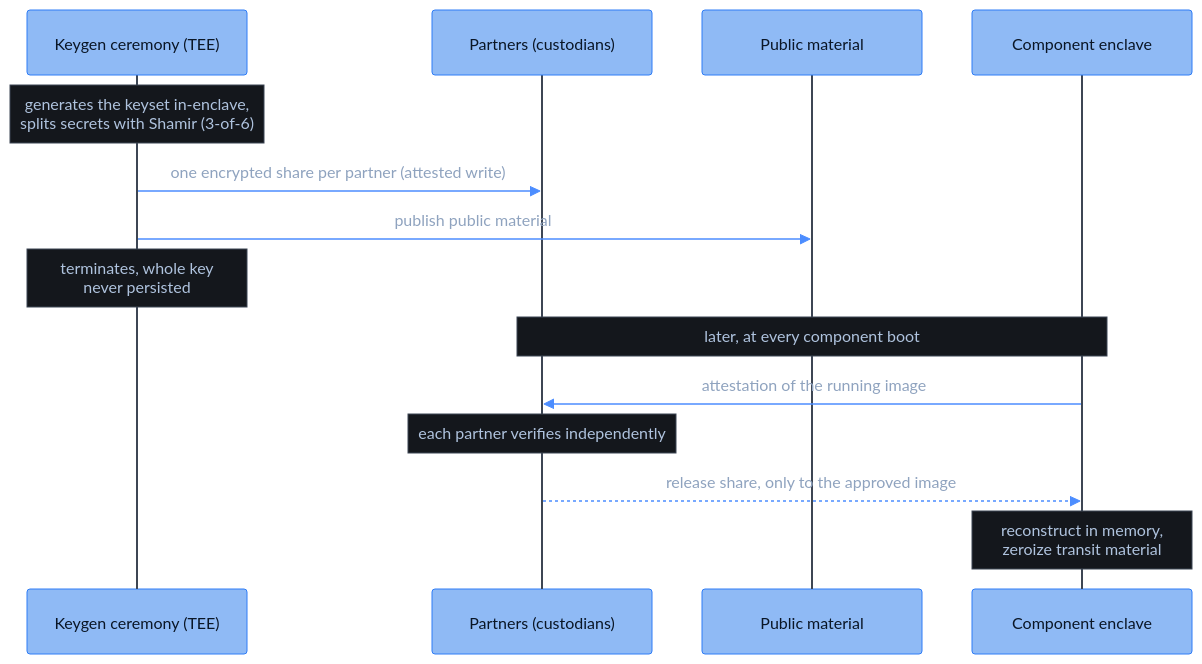
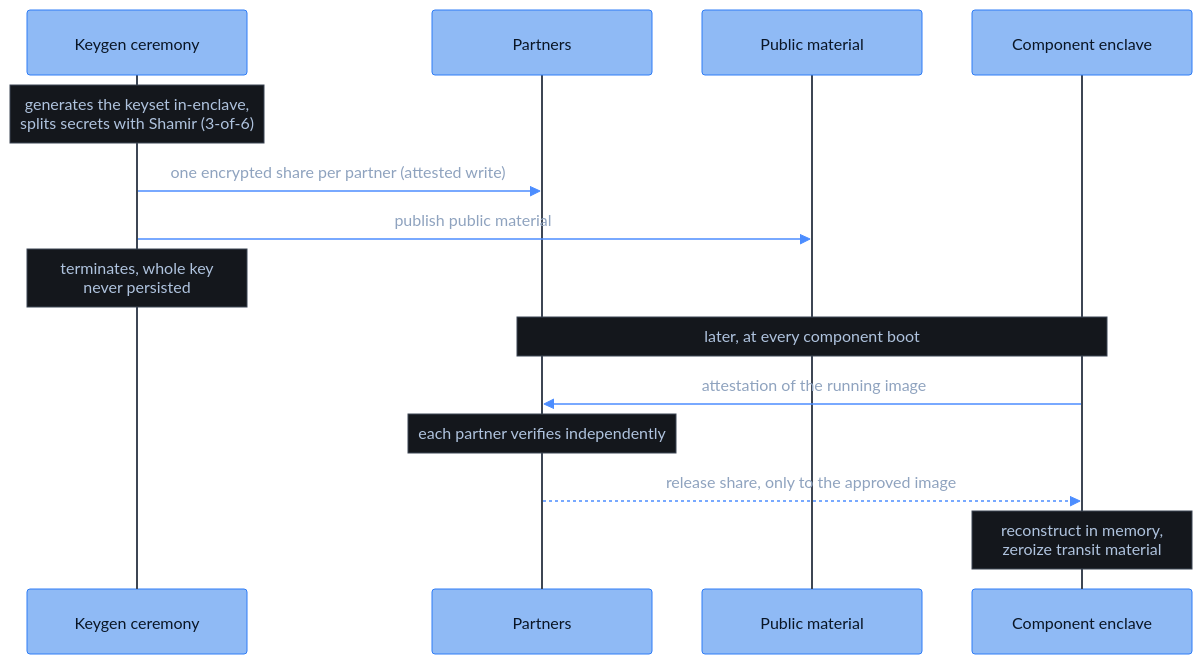
Before and after one commit to FhenixProtocol/fhenix-developer-docs: the diagram in deep-dive/cofhe-components/key-management.mdx, drawn with Mermaid. The commit also changed other lines of this file and 11 other files, not shown here.

First line of the commit message:
[DOCS] diagrams: one component vocabulary across every diagram and its page (#89)

````diff
--- a/deep-dive/cofhe-components/key-management.mdx
+++ b/deep-dive/cofhe-components/key-management.mdx
@@ -21,18 +21,18 @@
 ```mermaid
 %%{init: {"theme": "base", "themeVariables": {"fontFamily": "Menlo, Monaco, Consolas, monospace", "fontSize": "16px", "primaryColor": "#8FBAF5", "primaryBorderColor": "#2E7CF6", "primaryTextColor": "#0A1626", "lineColor": "#4C8DFF", "signalColor": "#4C8DFF", "signalTextColor": "#8FA3BF", "actorBkg": "#8FBAF5", "actorBorder": "#2E7CF6", "actorTextColor": "#0A1626", "actorLineColor": "#3D4654", "noteBkgColor": "#14171C", "noteBorderColor": "#3D4654", "noteTextColor": "#AFC3DE", "activationBkgColor": "#1E3A5F", "activationBorderColor": "#4C8DFF", "clusterBkg": "#14171C", "clusterBorder": "#3D4654", "titleColor": "#E7EAEE", "edgeLabelBackground": "#8FBAF5", "textColor": "#AFC3DE", "labelTextColor": "#E7EAEE", "tertiaryColor": "#14171C", "loopTextColor": "#AFC3DE", "labelBoxBkgColor": "#1E3A5F", "labelBoxBorderColor": "#4C8DFF"}, "sequence": {"actorFontFamily": "Menlo, Monaco, Consolas, monospace", "messageFontFamily": "Menlo, Monaco, Consolas, monospace", "noteFontFamily": "Menlo, Monaco, Consolas, monospace", "width": 220, "actorFontSize": 16, "messageFontSize": 16, "noteFontSize": 15}}}%%
 sequenceDiagram
-    participant Ceremony as Keygen ceremony (TEE)
-    participant Partners as Partners (custodians)
+    participant Ceremony as Keygen ceremony
+    participant Partners as Partners
     participant Pub as Public material
     participant Enclave as Component enclave
 
     Note over Ceremony: generates the keyset in-enclave,<br/>splits secrets with Shamir (3-of-6)
     Ceremony->>Partners: one encrypted share per partner (attested write)
     Ceremony->>Pub: publish public material
     Note over Ceremony: terminates, whole key<br/>never persisted
     Note over Partners,Enclave: later, at every component boot
     Enclave->>Partners: attestation of the running image
     Note over Partners: each partner verifies independently
     Partners-->>Enclave: release share, only to the approved image
     Note over Enclave: reconstruct in memory,<br/>zeroize transit material
 ```
````
